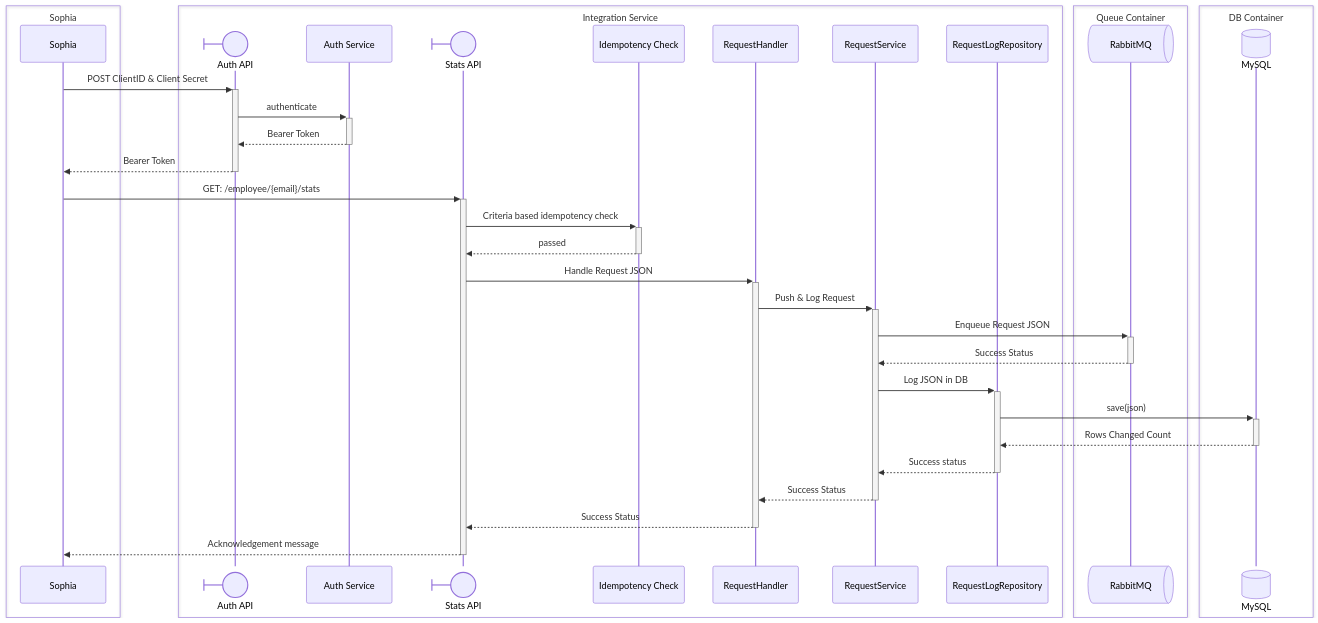
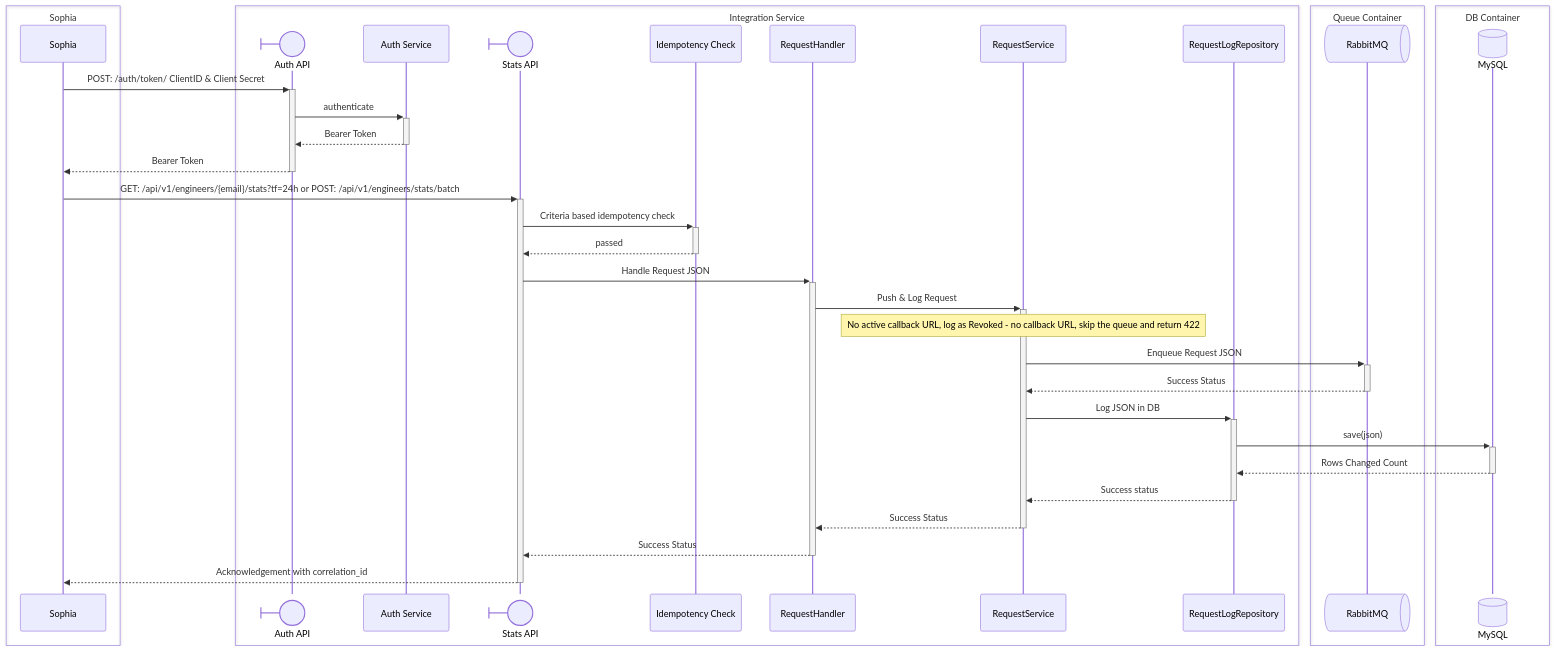
The fourth of 7 diagrams in integration-service-architecture-plan.md (arbisoft/incubator-devlake), drawn with Mermaid before and after one commit. The commit also changed other lines of this file, not shown here.

First line of the commit message:
docs: add Sophia API contracts to integration service plan

````diff
--- a/integration-service-architecture-plan.md
+++ b/integration-service-architecture-plan.md
@@ -262,44 +351,45 @@
 ```mermaid
 sequenceDiagram
     box Sophia
         participant Sophia
     end
     box Integration Service
         participant authApi@{ "type": "boundary" } as Auth API
         participant authService as Auth Service
         participant stats_api@{ "type": "boundary" } as Stats API
         participant idempotency_check as Idempotency Check
         participant request_handler as RequestHandler
         participant request_service as RequestService
         participant request_repository as RequestLogRepository
     end
     box Queue Container
         participant rmq@{ "type": "queue"} as RabbitMQ
     end
     box DB Container
         participant db@{ "type": "database" } as MySQL
     end
 
-    Sophia->>+authApi: POST ClientID & Client Secret
+    Sophia->>+authApi: POST: /auth/token/ ClientID & Client Secret
     authApi->>+authService:authenticate
     authService-->>-authApi:Bearer Token
     authApi-->>-Sophia:Bearer Token
 
-    Sophia->>+stats_api: GET: /employee/{email}/stats
+    Sophia->>+stats_api: GET: /api/v1/engineers/{email}/stats?tf=24h or POST: /api/v1/engineers/stats/batch
 
     stats_api->>+idempotency_check: Criteria based idempotency check
     idempotency_check-->>-stats_api: passed
     stats_api->>+request_handler: Handle Request JSON
 
     request_handler->>+request_service: Push & Log Request
+    Note over request_service: No active callback URL, log as Revoked - no callback URL, skip the queue and return 422
     request_service->>+rmq: Enqueue Request JSON
     rmq-->>-request_service: Success Status
     request_service->>+request_repository: Log JSON in DB
     request_repository->>+db: save(json)
     db-->>-request_repository: Rows Changed Count
     request_repository-->>-request_service: Success status
     request_service-->>-request_handler: Success Status
     request_handler-->>-stats_api: Success Status
 
-    stats_api-->>-Sophia: Acknowledgement message
+    stats_api-->>-Sophia: Acknowledgement with correlation_id
 ```
````
